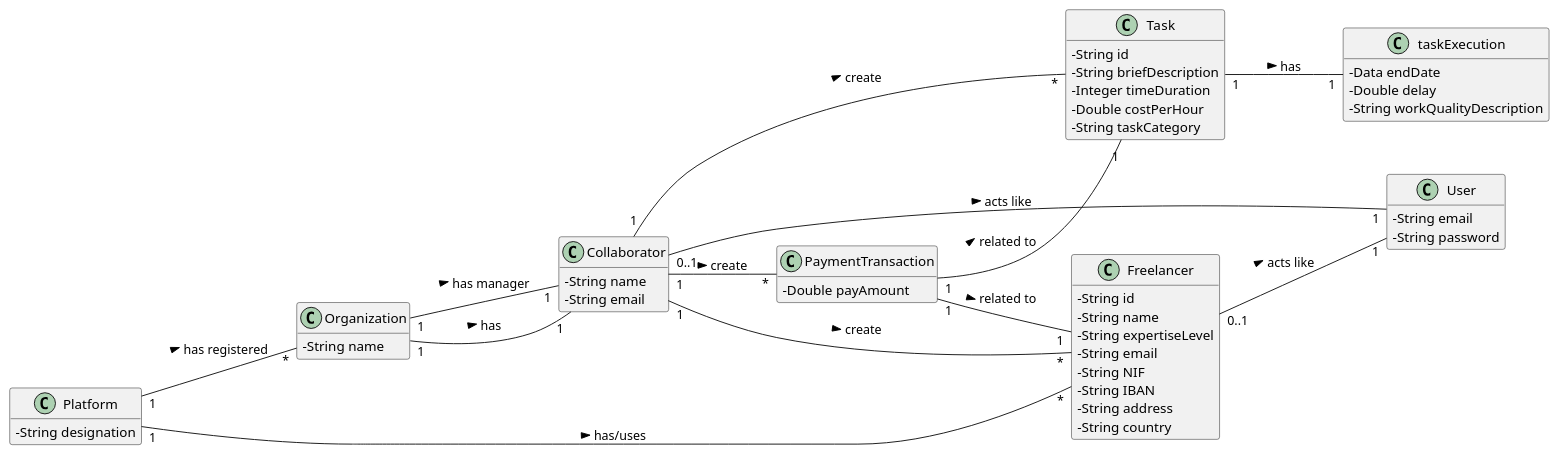
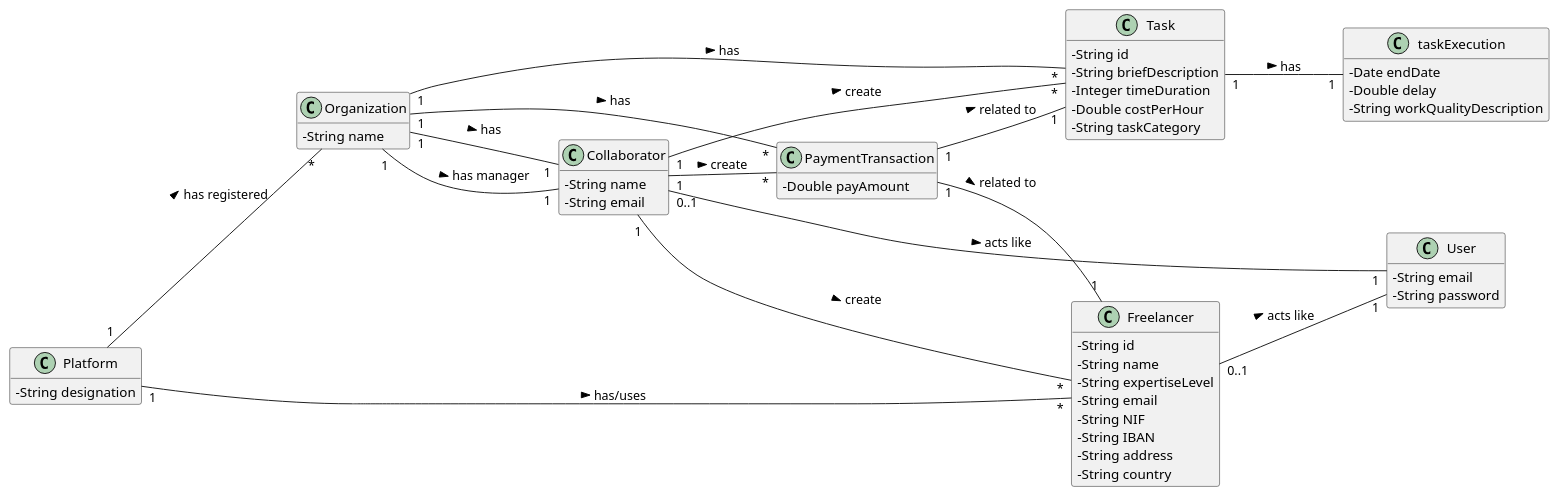
The diagram in docs/UC3 - Create Payment Transaction/UC3_MD.puml (pedrolemos4/LAPR2), drawn with PlantUML before and after one commit. The commit also changed 3 other files, not shown here.

```diff
--- a/docs/UC3 - Create Payment Transaction/UC3_MD.puml
+++ b/docs/UC3 - Create Payment Transaction/UC3_MD.puml
@@ -1,67 +1,69 @@
 @startuml
 skinparam classAttributeIconSize 0
 hide methods
 left to right direction
 
 class Platform {
   -String designation
 }
 
 class Organization {
   -String name
 }
 
 class Collaborator {
   -String name
   -String email
 }
 
 
 class User {
   -String email
   -String password
 }
 
 class Freelancer {
   -String id
   -String name
   -String expertiseLevel
   -String email
   -String NIF
   -String IBAN
   -String address
   -String country
   }
 
 class Task {
  -String id
  -String briefDescription
  -Integer timeDuration
  -Double costPerHour
  -String taskCategory
 }
 
 class taskExecution {
- -Data endDate
+ -Date endDate
  -Double delay
  -String workQualityDescription
 }
 
 class PaymentTransaction{
   -Double payAmount
 }
 
 Platform "1" -- "*" Organization : has registered >
 Platform "1" -- "*" Freelancer : has/uses >
 Organization "1" -- "1" Collaborator: has >
 Organization "1" -- "1" Collaborator: has manager >
+Organization "1" -- "*" Task: has >
+Organization "1" -- "*" PaymentTransaction: has >
 Collaborator "0..1" -- "1" User: acts like >
 Freelancer "0..1" -- "1" User: acts like >
 Collaborator "1" -- "*" Freelancer: create >
 Collaborator "1" -- "*" Task: create >
 Collaborator "1" -- "*" PaymentTransaction: create >
 PaymentTransaction "1" -- "1" Freelancer: related to >
 PaymentTransaction "1" -- "1" Task: related to >
 Task "1" -- "1" taskExecution: has >
 
 @enduml
```
